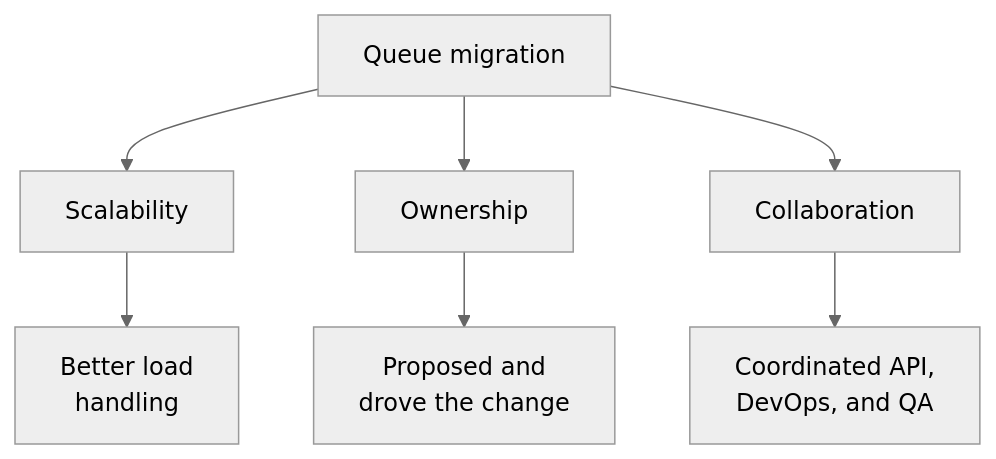
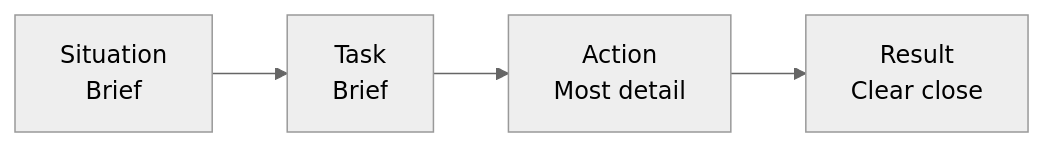
One commit to AvadhBhalodiya/Interview-Preparation changed the second of 4 diagrams in src/content/behavioral/star-method.md. Above: the diagram before and after it, drawn with Mermaid (neutral theme). The commit also changed other lines of this file and 54 other files, not shown here.

````diff
--- a/src/content/behavioral/star-method.md
+++ b/src/content/behavioral/star-method.md
@@ -272,9 +207,6 @@
 ```mermaid
-flowchart TD
-    A[Queue migration] --> B[Scalability]
-    A --> C[Ownership]
-    A --> D[Collaboration]
-    B --> E["Better load<br/>handling"]
-    C --> F["Proposed and<br/>drove the change"]
-    D --> G["Coordinated API,<br/>DevOps, and QA"]
+flowchart LR
+    S[Situation<br/>Brief] --> T[Task<br/>Brief]
+    T --> A[Action<br/>Most detail]
+    A --> R[Result<br/>Clear close]
 ```
````
